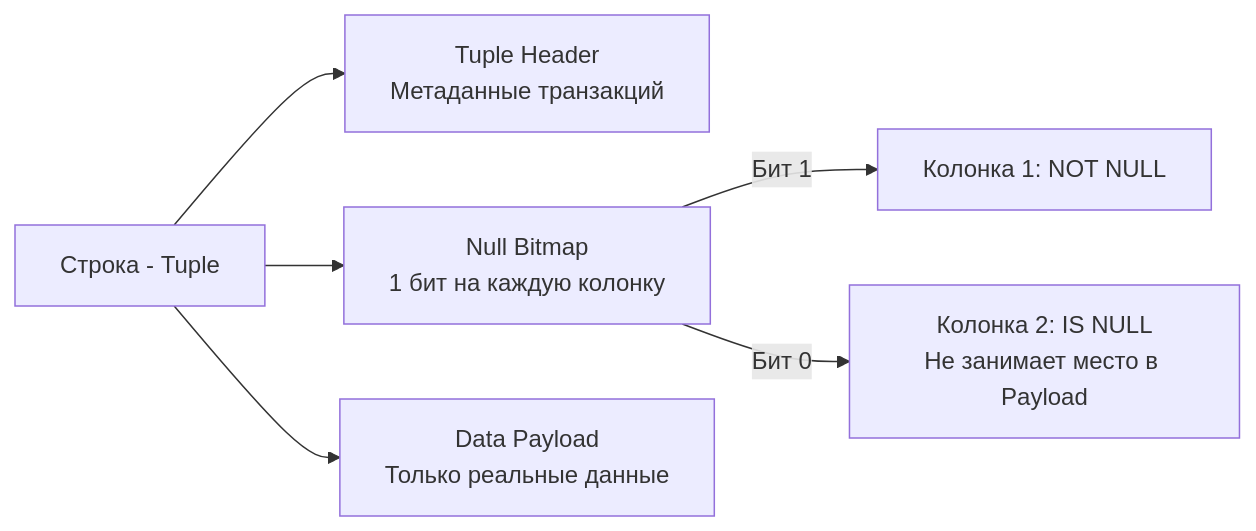
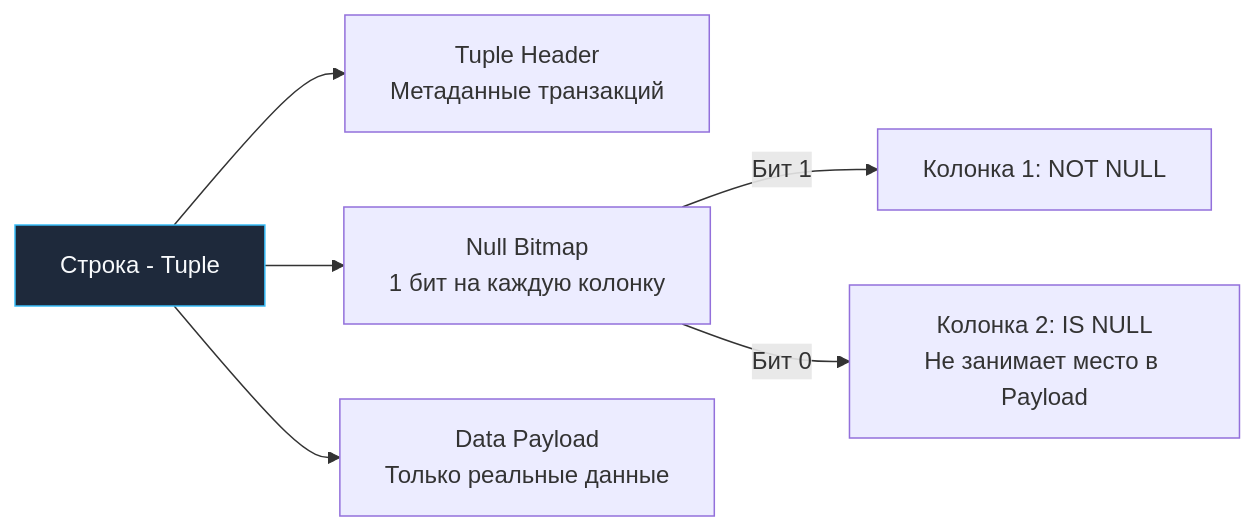
The diagram in sources/12. Базы данных/02. SQL базовый/12. Работа с NULL в SQL.md (UnrealTemplier/go-textbook), drawn with Mermaid before and after one commit. The commit also changed 1666 other files, not shown here.

First line of the commit message:
feat(mermaid): add semantic color classDef to 1369 colorless flowchart/graph diagrams

````diff
--- a/sources/12. Базы данных/02. SQL базовый/12. Работа с NULL в SQL.md
+++ b/sources/12. Базы данных/02. SQL базовый/12. Работа с NULL в SQL.md
@@ -59,9 +59,19 @@
 ```mermaid
 flowchart LR
-    Tuple["Строка - Tuple"] --> Header["Tuple Header<br>Метаданные транзакций"]
+    classDef process  fill:#1e293b,stroke:#38bdf8,stroke-width:1px,color:#f8fafc
+    classDef success  fill:#064e3b,stroke:#34d399,stroke-width:1px,color:#f8fafc
+    classDef error    fill:#7f1d1d,stroke:#f87171,stroke-width:1px,color:#f8fafc
+    classDef warning  fill:#78350f,stroke:#fbbf24,stroke-width:1px,color:#f8fafc
+    classDef entry    fill:#1e3a5f,stroke:#38bdf8,stroke-width:2px,color:#f8fafc
+    classDef aux      fill:#334155,stroke:#64748b,stroke-width:1px,color:#f8fafc
+    classDef system   fill:#312e81,stroke:#a78bfa,stroke-width:1px,color:#f8fafc
+    classDef data     fill:#132d29,stroke:#2dd4bf,stroke-width:1px,color:#f8fafc
+    classDef network  fill:#881337,stroke:#fb7185,stroke-width:1px,color:#f8fafc
+    classDef accent   fill:#1e1b4b,stroke:#818cf8,stroke-width:1px,color:#f8fafc
+    Tuple["Строка - Tuple"]:::process --> Header["Tuple Header<br>Метаданные транзакций"]
     Tuple --> Bitmap["Null Bitmap<br>1 бит на каждую колонку"]
     Tuple --> Payload["Data Payload<br>Только реальные данные"]
     
     Bitmap -->|"Бит 1"| Col1["Колонка 1: NOT NULL"]
     Bitmap -->|"Бит 0"| Col2["Колонка 2: IS NULL<br>Не занимает место в Payload"]
 ```
````
